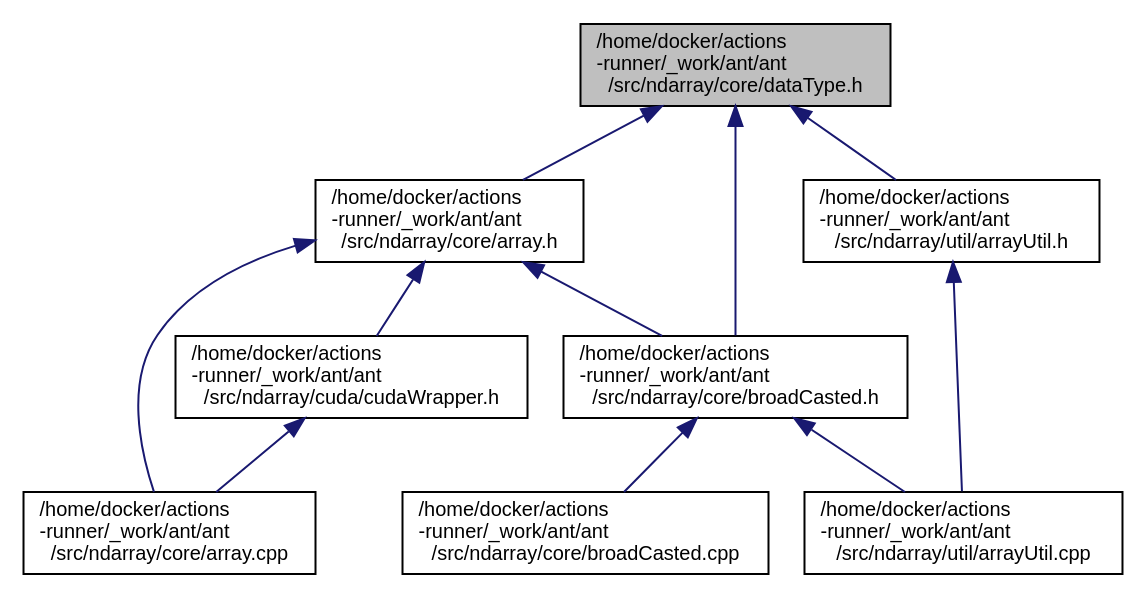
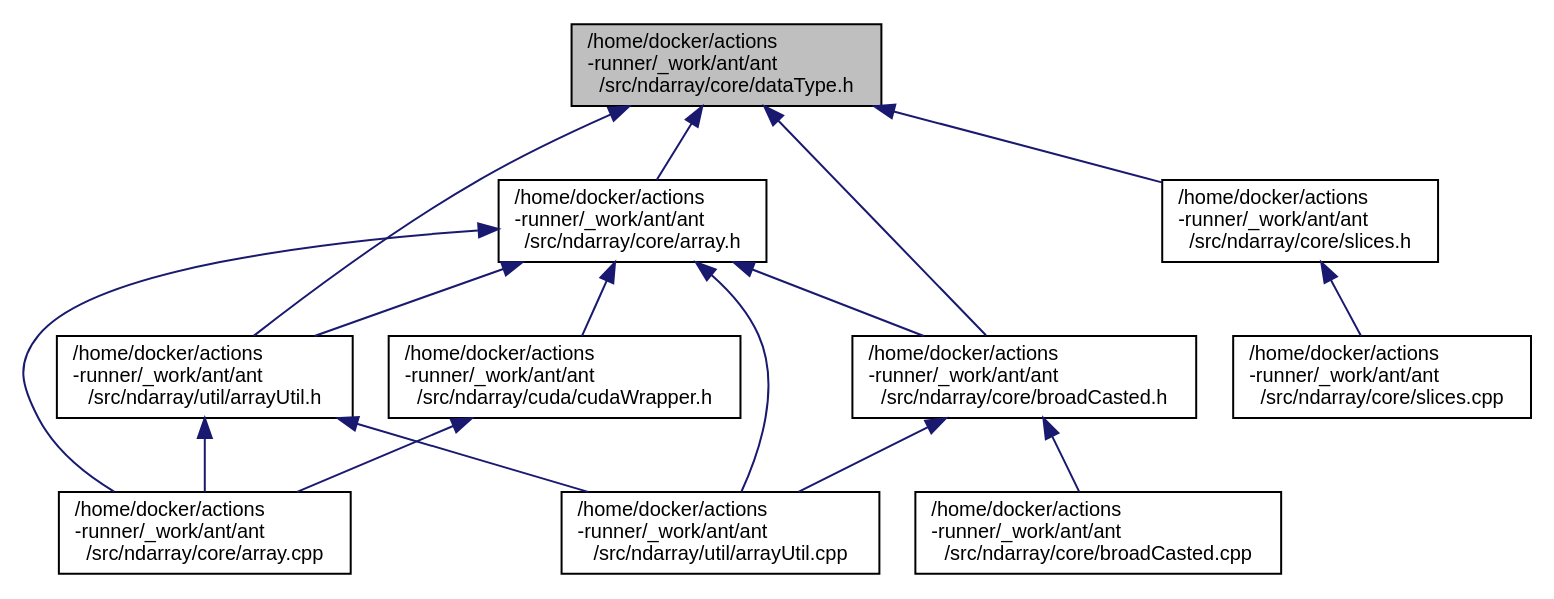
Before and after one commit to durbin-164/ant: the diagram in dataType_8h__dep__incl.dot, drawn with Graphviz. The commit also changed 144 other files, not shown here.

```diff
--- a/dataType_8h__dep__incl.dot
+++ b/dataType_8h__dep__incl.dot
@@ -1,24 +1,31 @@
 digraph "/home/docker/actions-runner/_work/ant/ant/src/ndarray/core/dataType.h"
 {
  // LATEX_PDF_SIZE
   edge [fontname="Helvetica",fontsize="10",labelfontname="Helvetica",labelfontsize="10"];
   node [fontname="Helvetica",fontsize="10",shape=record];
   Node1 [label="/home/docker/actions\l-runner/_work/ant/ant\l/src/ndarray/core/dataType.h",height=0.2,width=0.4,color="black", fillcolor="grey75", style="filled", fontcolor="black",tooltip=" "];
   Node1 -> Node2 [dir="back",color="midnightblue",fontsize="10",style="solid",fontname="Helvetica"];
   Node2 [label="/home/docker/actions\l-runner/_work/ant/ant\l/src/ndarray/core/array.h",height=0.2,width=0.4,color="black", fillcolor="white", style="filled",URL="$array_8h.html",tooltip=" "];
   Node2 -> Node3 [dir="back",color="midnightblue",fontsize="10",style="solid",fontname="Helvetica"];
   Node3 [label="/home/docker/actions\l-runner/_work/ant/ant\l/src/ndarray/core/array.cpp",height=0.2,width=0.4,color="black", fillcolor="white", style="filled",URL="$array_8cpp.html",tooltip=" "];
   Node2 -> Node4 [dir="back",color="midnightblue",fontsize="10",style="solid",fontname="Helvetica"];
   Node4 [label="/home/docker/actions\l-runner/_work/ant/ant\l/src/ndarray/core/broadCasted.h",height=0.2,width=0.4,color="black", fillcolor="white", style="filled",URL="$broadCasted_8h.html",tooltip=" "];
   Node4 -> Node5 [dir="back",color="midnightblue",fontsize="10",style="solid",fontname="Helvetica"];
   Node5 [label="/home/docker/actions\l-runner/_work/ant/ant\l/src/ndarray/core/broadCasted.cpp",height=0.2,width=0.4,color="black", fillcolor="white", style="filled",URL="$broadCasted_8cpp.html",tooltip=" "];
   Node4 -> Node6 [dir="back",color="midnightblue",fontsize="10",style="solid",fontname="Helvetica"];
   Node6 [label="/home/docker/actions\l-runner/_work/ant/ant\l/src/ndarray/util/arrayUtil.cpp",height=0.2,width=0.4,color="black", fillcolor="white", style="filled",URL="$arrayUtil_8cpp.html",tooltip=" "];
   Node2 -> Node7 [dir="back",color="midnightblue",fontsize="10",style="solid",fontname="Helvetica"];
   Node7 [label="/home/docker/actions\l-runner/_work/ant/ant\l/src/ndarray/cuda/cudaWrapper.h",height=0.2,width=0.4,color="black", fillcolor="white", style="filled",URL="$cudaWrapper_8h.html",tooltip=" "];
   Node7 -> Node3 [dir="back",color="midnightblue",fontsize="10",style="solid",fontname="Helvetica"];
+  Node2 -> Node6 [dir="back",color="midnightblue",fontsize="10",style="solid",fontname="Helvetica"];
+  Node2 -> Node8 [dir="back",color="midnightblue",fontsize="10",style="solid",fontname="Helvetica"];
+  Node8 [label="/home/docker/actions\l-runner/_work/ant/ant\l/src/ndarray/util/arrayUtil.h",height=0.2,width=0.4,color="black", fillcolor="white", style="filled",URL="$arrayUtil_8h.html",tooltip=" "];
+  Node8 -> Node3 [dir="back",color="midnightblue",fontsize="10",style="solid",fontname="Helvetica"];
+  Node8 -> Node6 [dir="back",color="midnightblue",fontsize="10",style="solid",fontname="Helvetica"];
   Node1 -> Node4 [dir="back",color="midnightblue",fontsize="10",style="solid",fontname="Helvetica"];
+  Node1 -> Node9 [dir="back",color="midnightblue",fontsize="10",style="solid",fontname="Helvetica"];
+  Node9 [label="/home/docker/actions\l-runner/_work/ant/ant\l/src/ndarray/core/slices.h",height=0.2,width=0.4,color="black", fillcolor="white", style="filled",URL="$slices_8h.html",tooltip=" "];
+  Node9 -> Node10 [dir="back",color="midnightblue",fontsize="10",style="solid",fontname="Helvetica"];
+  Node10 [label="/home/docker/actions\l-runner/_work/ant/ant\l/src/ndarray/core/slices.cpp",height=0.2,width=0.4,color="black", fillcolor="white", style="filled",URL="$slices_8cpp.html",tooltip=" "];
   Node1 -> Node8 [dir="back",color="midnightblue",fontsize="10",style="solid",fontname="Helvetica"];
-  Node8 [label="/home/docker/actions\l-runner/_work/ant/ant\l/src/ndarray/util/arrayUtil.h",height=0.2,width=0.4,color="black", fillcolor="white", style="filled",URL="$arrayUtil_8h.html",tooltip=" "];
-  Node8 -> Node6 [dir="back",color="midnightblue",fontsize="10",style="solid",fontname="Helvetica"];
 }
```
